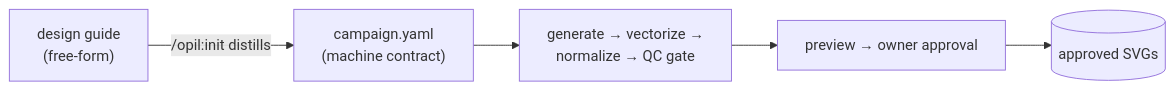
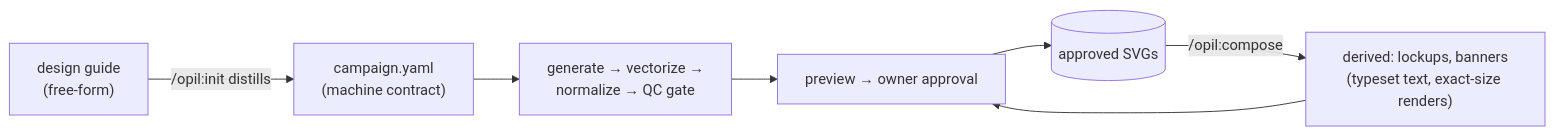
One commit to opellen/OpenIllust changed the diagram in README.md. Above: the diagram before and after it, drawn with Mermaid. The commit also changed other lines of this file and 12 other files, not shown here.

````diff
--- a/README.md
+++ b/README.md
@@ -10,7 +11,8 @@
 ```mermaid
 flowchart LR
     G["design guide<br/>(free-form)"] -->|"/opil:init distills"| Y["campaign.yaml<br/>(machine contract)"]
     Y --> P["generate → vectorize →<br/>normalize → QC gate"]
     P --> R["preview → owner approval"]
     R --> A[("approved SVGs")]
+    A -->|"/opil:compose"| D["derived: lockups, banners<br/>(typeset text, exact-size renders)"] --> R
 ```
````
